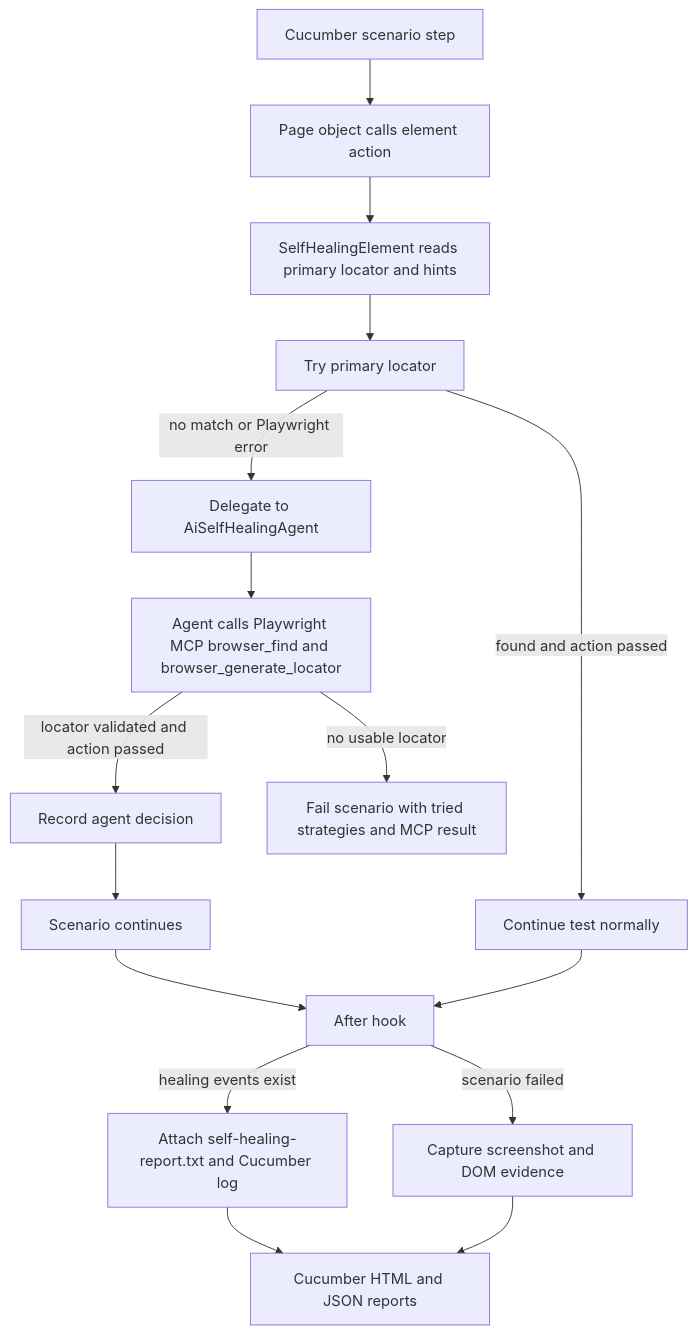
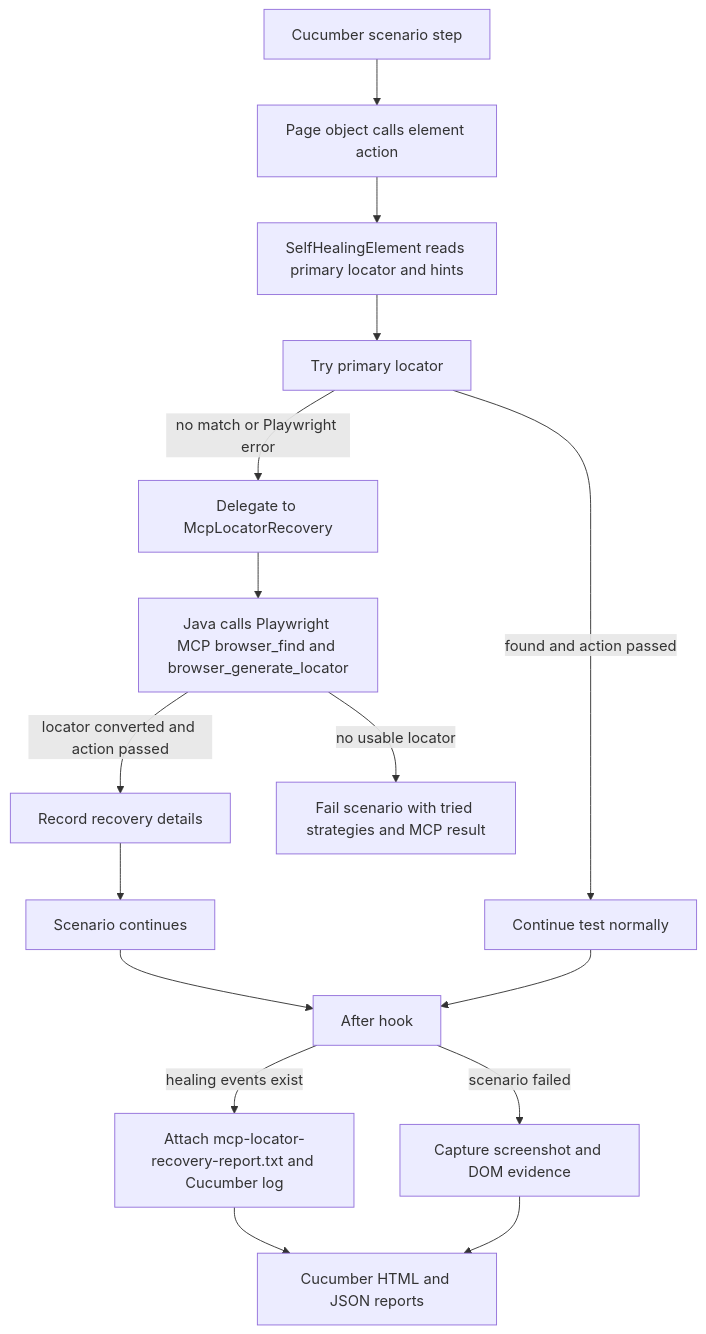
The first of 2 diagrams in README.md (karthees05/playwright-self-healing), drawn with Mermaid before and after one commit. The commit also changed other lines of this file and 8 other files, not shown here.

Commit message:
this self healing MCP-based locator recovery using java logic

````diff
--- a/README.md
+++ b/README.md
@@ -57,18 +57,18 @@
 ```mermaid
 flowchart TD
     A[Cucumber scenario step] --> B[Page object calls element action]
     B --> C[SelfHealingElement reads primary locator and hints]
     C --> D[Try primary locator]
     D -->|found and action passed| E[Continue test normally]
-    D -->|no match or Playwright error| F[Delegate to AiSelfHealingAgent]
-    F --> G[Agent calls Playwright MCP browser_find and browser_generate_locator]
-    G -->|locator validated and action passed| H[Record agent decision]
+    D -->|no match or Playwright error| F[Delegate to McpLocatorRecovery]
+    F --> G[Java calls Playwright MCP browser_find and browser_generate_locator]
+    G -->|locator converted and action passed| H[Record recovery details]
     H --> I[Scenario continues]
     G -->|no usable locator| L[Fail scenario with tried strategies and MCP result]
     I --> M[After hook]
     E --> M
-    M -->|healing events exist| N[Attach self-healing-report.txt and Cucumber log]
+    M -->|healing events exist| N[Attach mcp-locator-recovery-report.txt and Cucumber log]
     M -->|scenario failed| O[Capture screenshot and DOM evidence]
     N --> P[Cucumber HTML and JSON reports]
     O --> P
 ```
````
